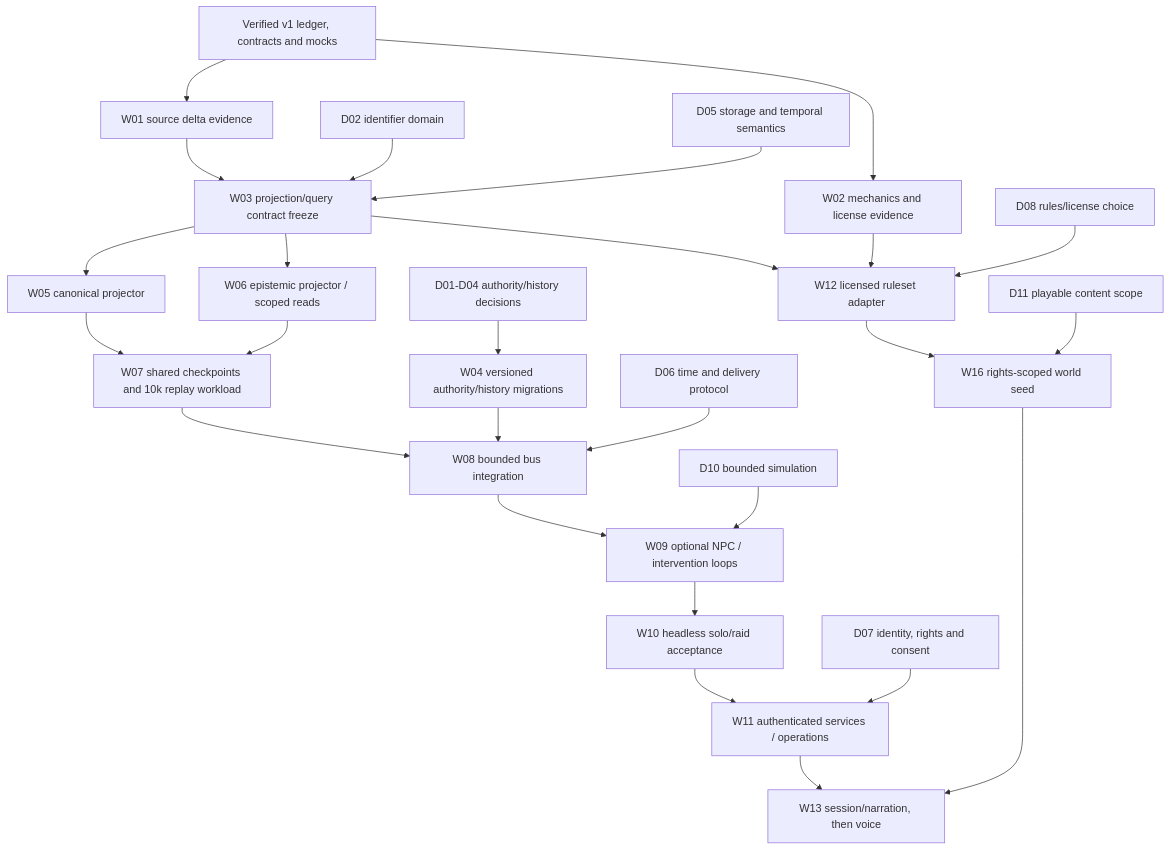
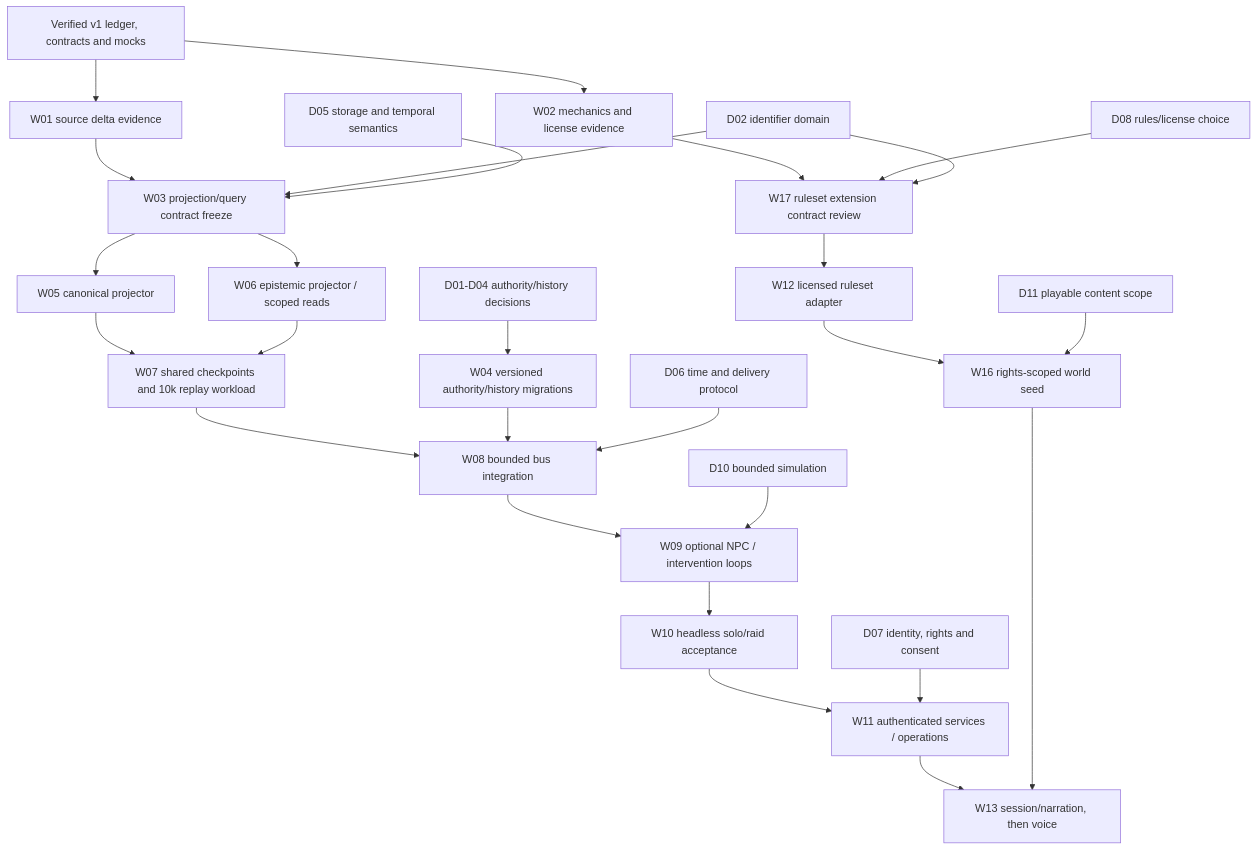
The second of 3 diagrams in SYSTEM_ROADMAP.md (dsmcewan/ARGO), drawn with Mermaid before and after one commit. The commit also changed other lines of this file and 1 other file, not shown here.

Commit message:
Separate ruleset contract dependencies and qualify audit coverage

````diff
--- a/SYSTEM_ROADMAP.md
+++ b/SYSTEM_ROADMAP.md
@@ -236,29 +236,30 @@
 ```mermaid
 flowchart TD
   BASE[Verified v1 ledger, contracts and mocks]
   BASE --> W01[W01 source delta evidence]
   BASE --> W02[W02 mechanics and license evidence]
   W01 --> W03[W03 projection/query contract freeze]
   D02[D02 identifier domain] --> W03
   D05[D05 storage and temporal semantics] --> W03
   W03 --> W05[W05 canonical projector]
   W03 --> W06[W06 epistemic projector / scoped reads]
   W05 --> W07[W07 shared checkpoints and 10k replay workload]
   W06 --> W07
   AUTH[D01-D04 authority/history decisions] --> W04[W04 versioned authority/history migrations]
   W07 --> W08[W08 bounded bus integration]
   W04 --> W08
   D06[D06 time and delivery protocol] --> W08
   W08 --> W09[W09 optional NPC / intervention loops]
   D10[D10 bounded simulation] --> W09
   W09 --> W10[W10 headless solo/raid acceptance]
   W10 --> W11[W11 authenticated services / operations]
   D07[D07 identity, rights and consent] --> W11
-  W02 --> W12[W12 licensed ruleset adapter]
-  D08[D08 rules/license choice] --> W12
-  W03 --> W12
+  W02 --> W17[W17 ruleset extension contract review]
+  D08[D08 rules/license choice] --> W17
+  D02 --> W17
+  W17 --> W12[W12 licensed ruleset adapter]
   W12 --> W16[W16 rights-scoped world seed]
   D11[D11 playable content scope] --> W16
   W11 --> W13[W13 session/narration, then voice]
   W16 --> W13
 ```
````
